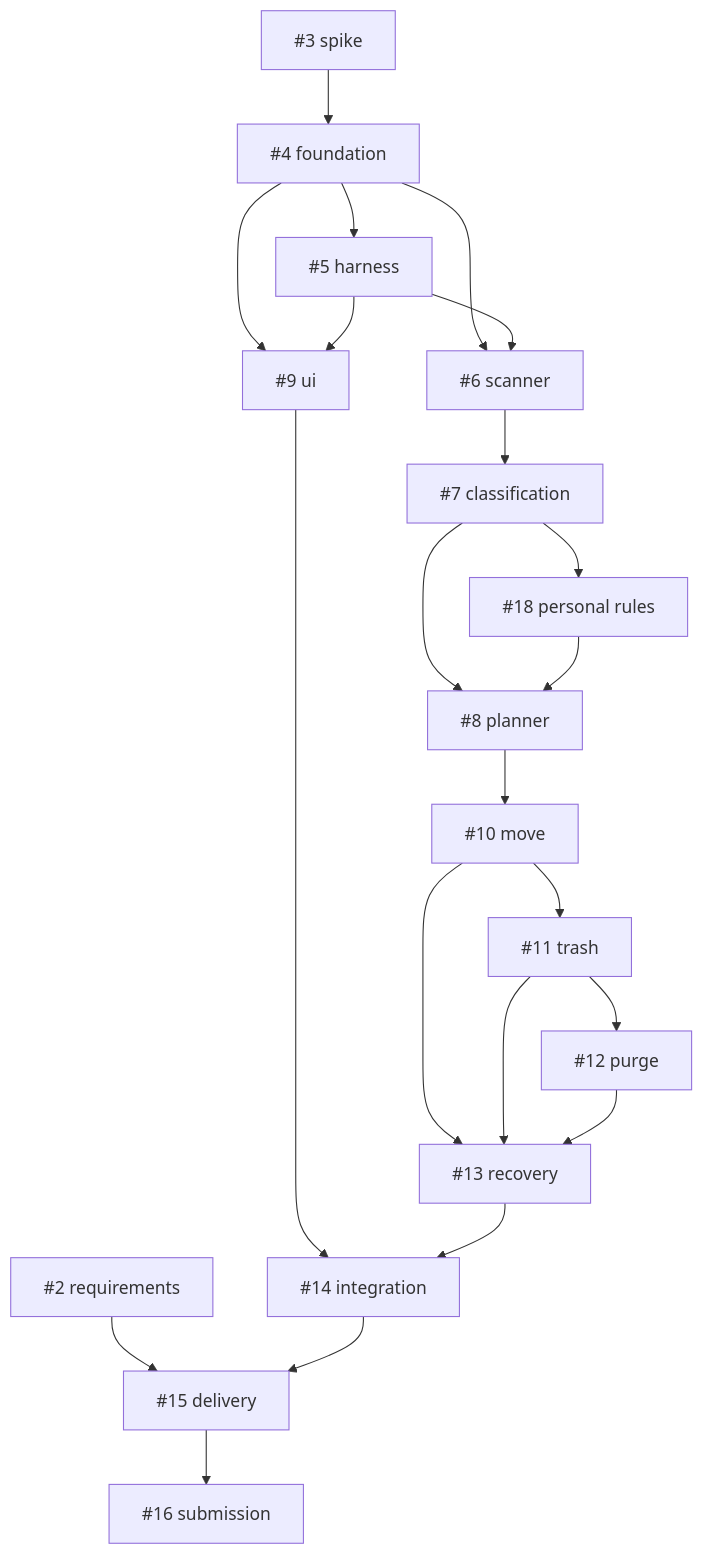
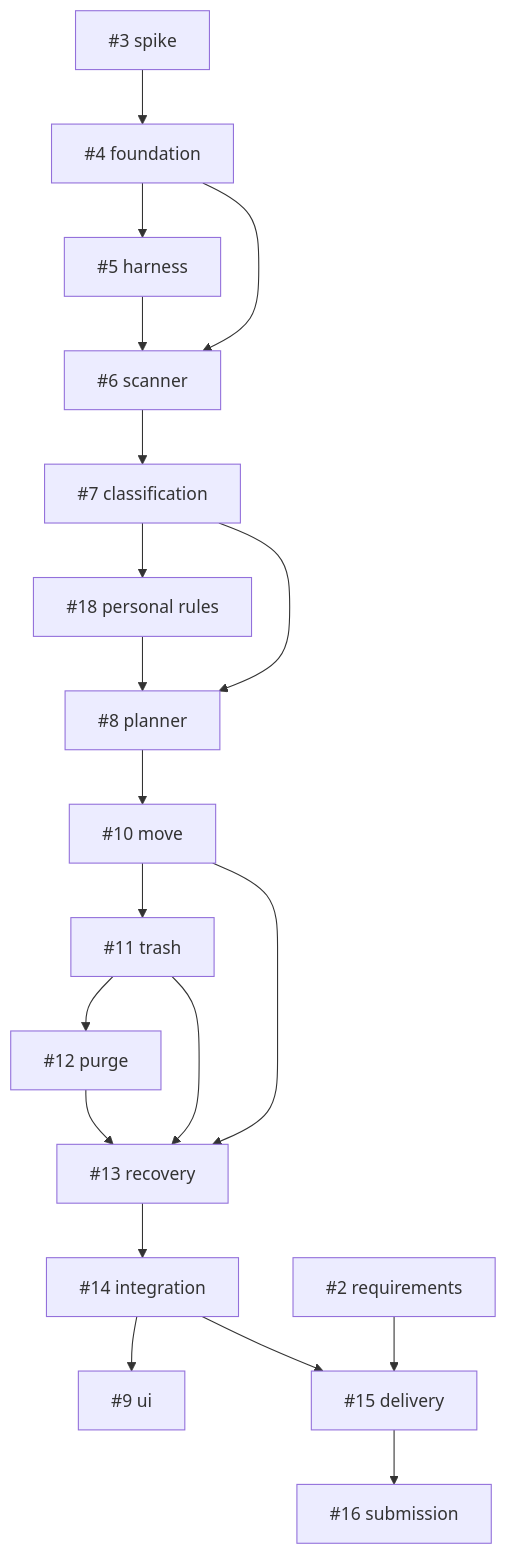
Before and after one commit to fakeminjun7321/AFO: the diagram in docs/BACKLOG.md, drawn with Mermaid. The commit also changed other lines of this file and 9 other files, not shown here.

````diff
--- a/docs/BACKLOG.md
+++ b/docs/BACKLOG.md
@@ -40,40 +40,38 @@
 ```mermaid
 flowchart TD
   n2["#2 requirements"]
   n3["#3 spike"]
   n4["#4 foundation"]
   n5["#5 harness"]
   n6["#6 scanner"]
   n7["#7 classification"]
   n18["#18 personal rules"]
   n8["#8 planner"]
   n9["#9 ui"]
   n10["#10 move"]
   n11["#11 trash"]
   n12["#12 purge"]
   n13["#13 recovery"]
   n14["#14 integration"]
   n15["#15 delivery"]
   n16["#16 submission"]
   n3 --> n4
   n4 --> n5
   n4 --> n6
   n5 --> n6
   n6 --> n7
   n7 --> n8
   n7 --> n18
   n18 --> n8
-  n4 --> n9
-  n5 --> n9
   n8 --> n10
   n10 --> n11
   n11 --> n12
   n10 --> n13
   n11 --> n13
   n12 --> n13
-  n9 --> n14
   n13 --> n14
+  n14 --> n9
   n2 --> n15
   n14 --> n15
   n15 --> n16
 ```
````
